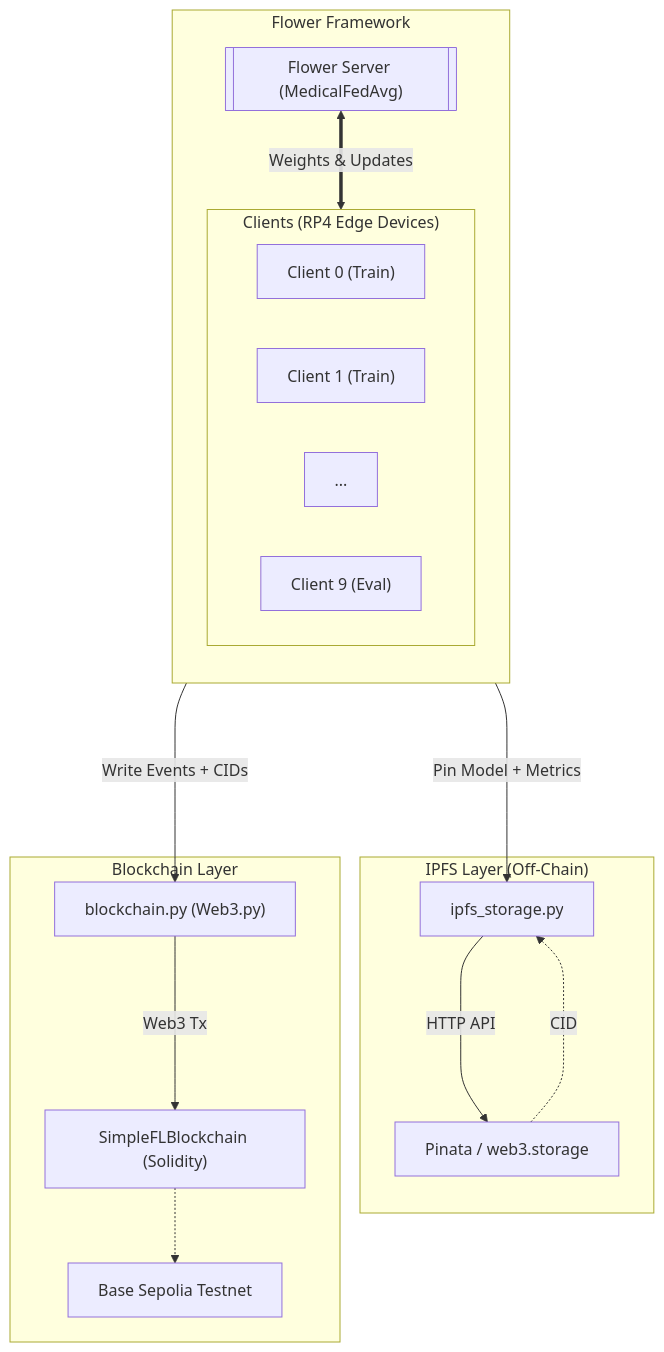
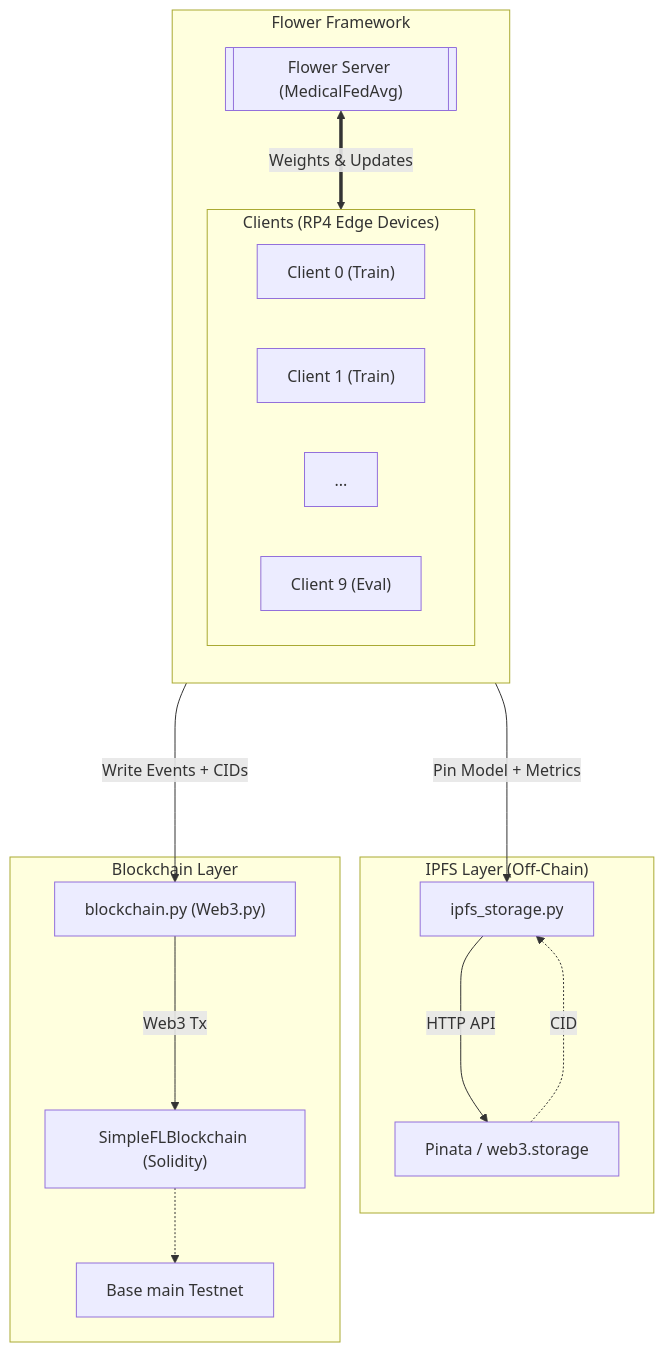
One commit to shinratttensei1/FL-Blockchain-EVM changed the diagram in README.md. Above: the diagram before and after it, drawn with Mermaid. The commit also changed other lines of this file and 1 other file, not shown here.

````diff
--- a/README.md
+++ b/README.md
@@ -51,34 +51,34 @@
 ```mermaid
 flowchart TD
     subgraph FL_NETWORK ["Flower Framework"]
         direction TB
         SERVER[["Flower Server (MedicalFedAvg)"]]
         
         subgraph CLIENTS ["Clients (RP4 Edge Devices)"]
             C0["Client 0 (Train)"]
             C1["Client 1 (Train)"]
             CX["..."]
             C9["Client 9 (Eval)"]
         end
 
         SERVER <==>|"Weights & Updates"| CLIENTS
     end
 
     subgraph OFF_CHAIN ["IPFS Layer (Off-Chain)"]
         IPFS_BRIDGE["ipfs_storage.py"]
         PINATA["Pinata / web3.storage"]
     end
 
     subgraph ON_CHAIN ["Blockchain Layer"]
         EVM_BRIDGE["blockchain.py (Web3.py)"]
         CONTRACT["SimpleFLBlockchain (Solidity)"]
-        NETWORK_TAGP["Base Sepolia Testnet"]
+        NETWORK_TAGP["Base main Testnet"]
     end
 
     SERVER ---->|"Pin Model + Metrics"| IPFS_BRIDGE
     IPFS_BRIDGE ---->|"HTTP API"| PINATA
     PINATA -.->|"CID"| IPFS_BRIDGE
     SERVER ---->|"Write Events + CIDs"| EVM_BRIDGE
     EVM_BRIDGE ---->|"Web3 Tx"| CONTRACT
     CONTRACT -.-> NETWORK_TAGP
 ```
````
